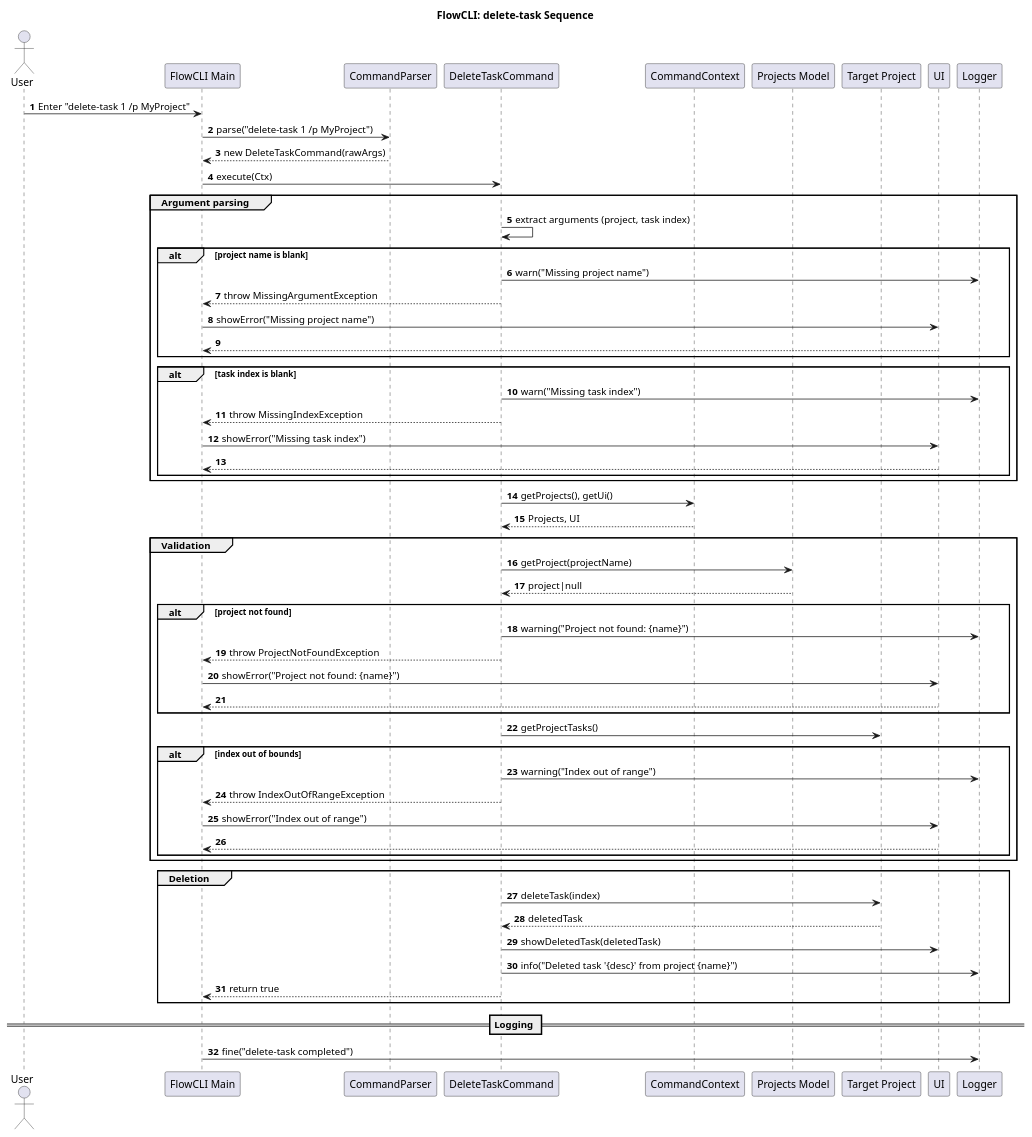
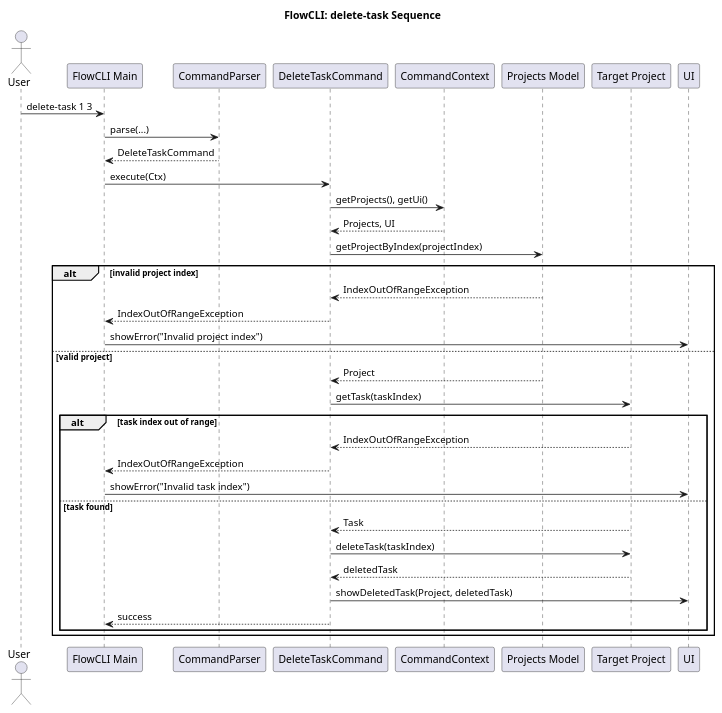
The diagram in docs/plantUML/task-management/delete-task-sequence-diagram.puml (sean6369/tp), drawn with PlantUML before and after one commit. The commit also changed 9 other files, not shown here.

Commit message:
update task mgmt plantUML diagrams

```diff
--- a/docs/plantUML/task-management/delete-task-sequence-diagram.puml
+++ b/docs/plantUML/task-management/delete-task-sequence-diagram.puml
@@ -1,69 +1,45 @@
 @startuml DeleteTaskSequenceDiagram
 title FlowCLI: delete-task Sequence
-autonumber
 
 actor User
 participant "FlowCLI Main" as CLI
 participant "CommandParser" as Parser
 participant "DeleteTaskCommand" as DeleteCmd
 participant "CommandContext" as Ctx
 participant "Projects Model" as Projects
 participant "Target Project" as Project
 participant "UI" as UI
-participant "Logger" as Log
 
-User -> CLI: Enter "delete-task 1 /p MyProject"
-CLI -> Parser: parse("delete-task 1 /p MyProject")
-Parser --> CLI: new DeleteTaskCommand(rawArgs)
+User -> CLI: delete-task 1 3
+CLI -> Parser: parse(...)
+Parser --> CLI: DeleteTaskCommand
 
 CLI -> DeleteCmd: execute(Ctx)
-
-group Argument parsing
-  DeleteCmd -> DeleteCmd: extract arguments (project, task index)
-  alt project name is blank
-    DeleteCmd -> Log: warn("Missing project name")
-    DeleteCmd --> CLI: throw MissingArgumentException
-    CLI -> UI: showError("Missing project name")
-    return
-  end
-  alt task index is blank
-    DeleteCmd -> Log: warn("Missing task index")
-    DeleteCmd --> CLI: throw MissingIndexException
-    CLI -> UI: showError("Missing task index")
-    return
-  end
-end
 
 DeleteCmd -> Ctx: getProjects(), getUi()
 Ctx --> DeleteCmd: Projects, UI
 
-group Validation
-  DeleteCmd -> Projects: getProject(projectName)
-  Projects --> DeleteCmd: project|null
-  alt project not found
-    DeleteCmd -> Log: warning("Project not found: {name}")
-    DeleteCmd --> CLI: throw ProjectNotFoundException
-    CLI -> UI: showError("Project not found: {name}")
-    return
-  end
-  DeleteCmd -> Project: getProjectTasks()
-  alt index out of bounds
-    DeleteCmd -> Log: warning("Index out of range")
-    DeleteCmd --> CLI: throw IndexOutOfRangeException
-    CLI -> UI: showError("Index out of range")
-    return
-  end
+DeleteCmd -> Projects: getProjectByIndex(projectIndex)
+
+alt invalid project index
+    Projects --> DeleteCmd: IndexOutOfRangeException
+    DeleteCmd --> CLI: IndexOutOfRangeException
+    CLI -> UI: showError("Invalid project index")
+else valid project
+    Projects --> DeleteCmd: Project
+    DeleteCmd -> Project: getTask(taskIndex)
+
+    alt task index out of range
+        Project --> DeleteCmd: IndexOutOfRangeException
+        DeleteCmd --> CLI: IndexOutOfRangeException
+        CLI -> UI: showError("Invalid task index")
+    else task found
+        Project --> DeleteCmd: Task
+        DeleteCmd -> Project: deleteTask(taskIndex)
+        Project --> DeleteCmd: deletedTask
+        DeleteCmd -> UI: showDeletedTask(Project, deletedTask)
+        DeleteCmd --> CLI: success
+    end
 end
 
-group Deletion
-  DeleteCmd -> Project: deleteTask(index)
-  Project --> DeleteCmd: deletedTask
-  DeleteCmd -> UI: showDeletedTask(deletedTask)
-  DeleteCmd -> Log: info("Deleted task '{desc}' from project {name}")
-  DeleteCmd --> CLI: return true
-end
-
-== Logging ==
-CLI -> Log: fine("delete-task completed")
-
 @enduml
```
